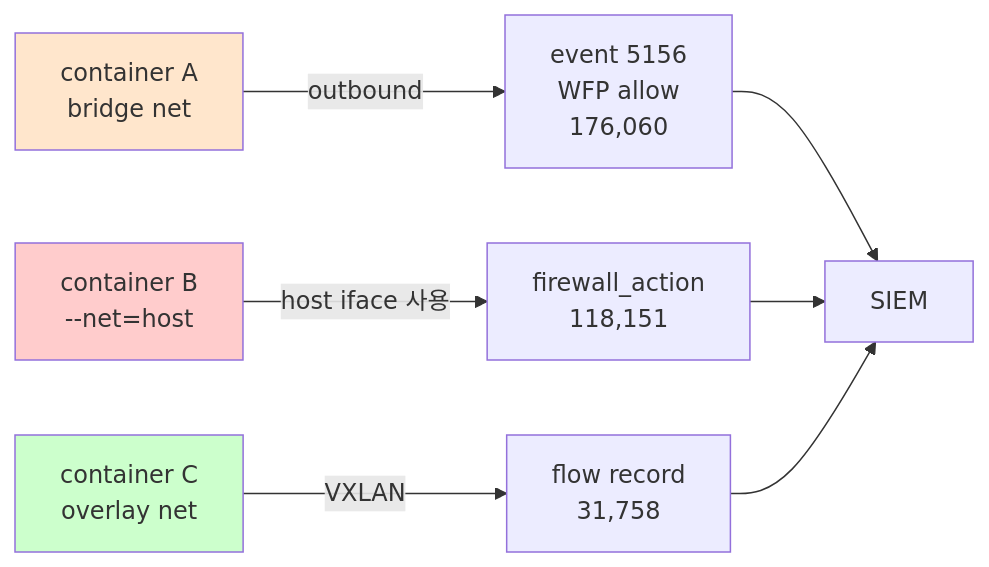
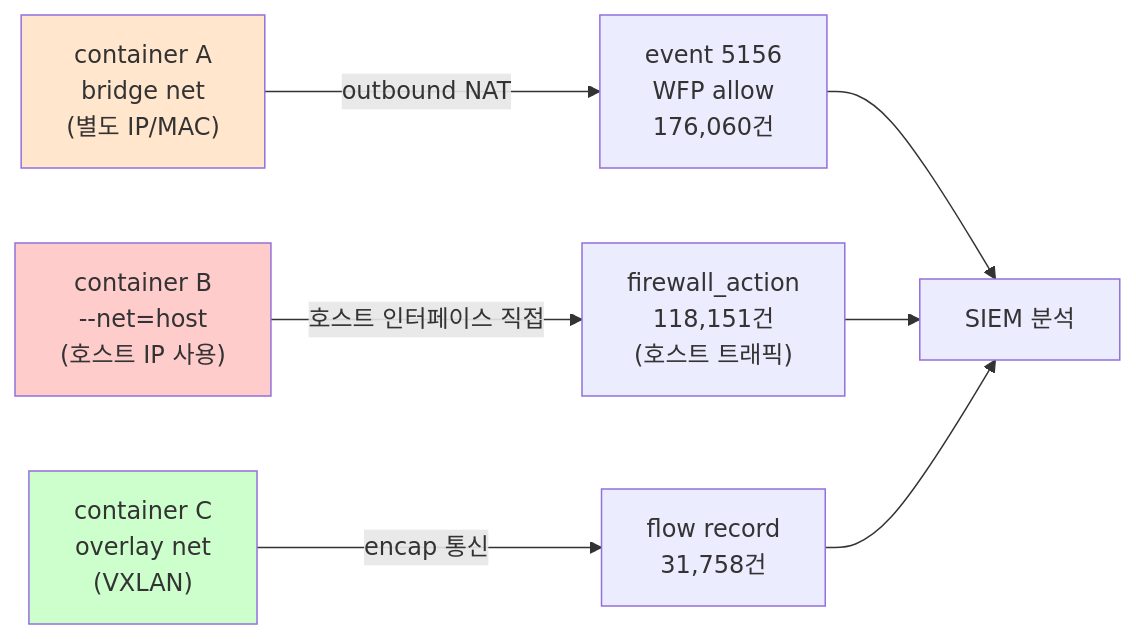
Before and after one commit to mrgrit/ccc: the diagram in contents/education/course6-cloud-container/week05/lecture.md, drawn with Mermaid. The commit also changed other lines of this file and 12 other files, not shown here.

````diff
--- a/contents/education/course6-cloud-container/week05/lecture.md
+++ b/contents/education/course6-cloud-container/week05/lecture.md
@@ -470,13 +474,13 @@
 ```mermaid
 graph LR
-    C1[container A<br/>bridge net] -->|outbound| WFP[event 5156<br/>WFP allow<br/>176,060]
-    C2[container B<br/>--net=host] -->|host iface 사용| FW[firewall_action<br/>118,151]
-    C3[container C<br/>overlay net] -->|VXLAN| FLOW[flow record<br/>31,758]
-    WFP --> SIEM[SIEM]
+    C1["container A<br/>bridge net<br/>(별도 IP/MAC)"] -->|outbound NAT| WFP["event 5156<br/>WFP allow<br/>176,060건"]
+    C2["container B<br/>--net=host<br/>(호스트 IP 사용)"] -->|호스트 인터페이스 직접| FW["firewall_action<br/>118,151건<br/>(호스트 트래픽)"]
+    C3["container C<br/>overlay net<br/>(VXLAN)"] -->|encap 통신| FLOW["flow record<br/>31,758건"]
+    WFP --> SIEM[SIEM 분석]
     FW --> SIEM
     FLOW --> SIEM
 
     style C2 fill:#ffcccc
     style C1 fill:#ffe6cc
     style C3 fill:#ccffcc
 ```
````
